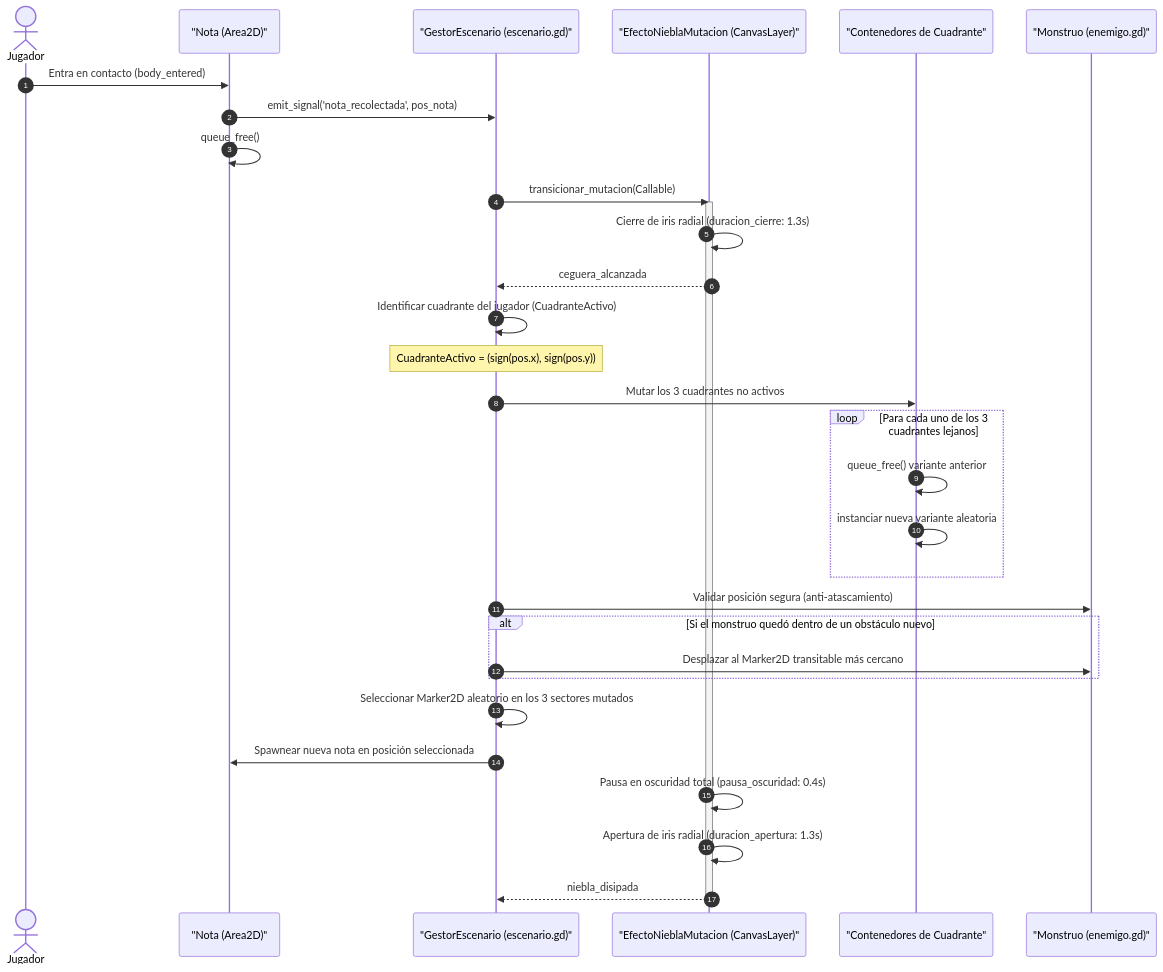
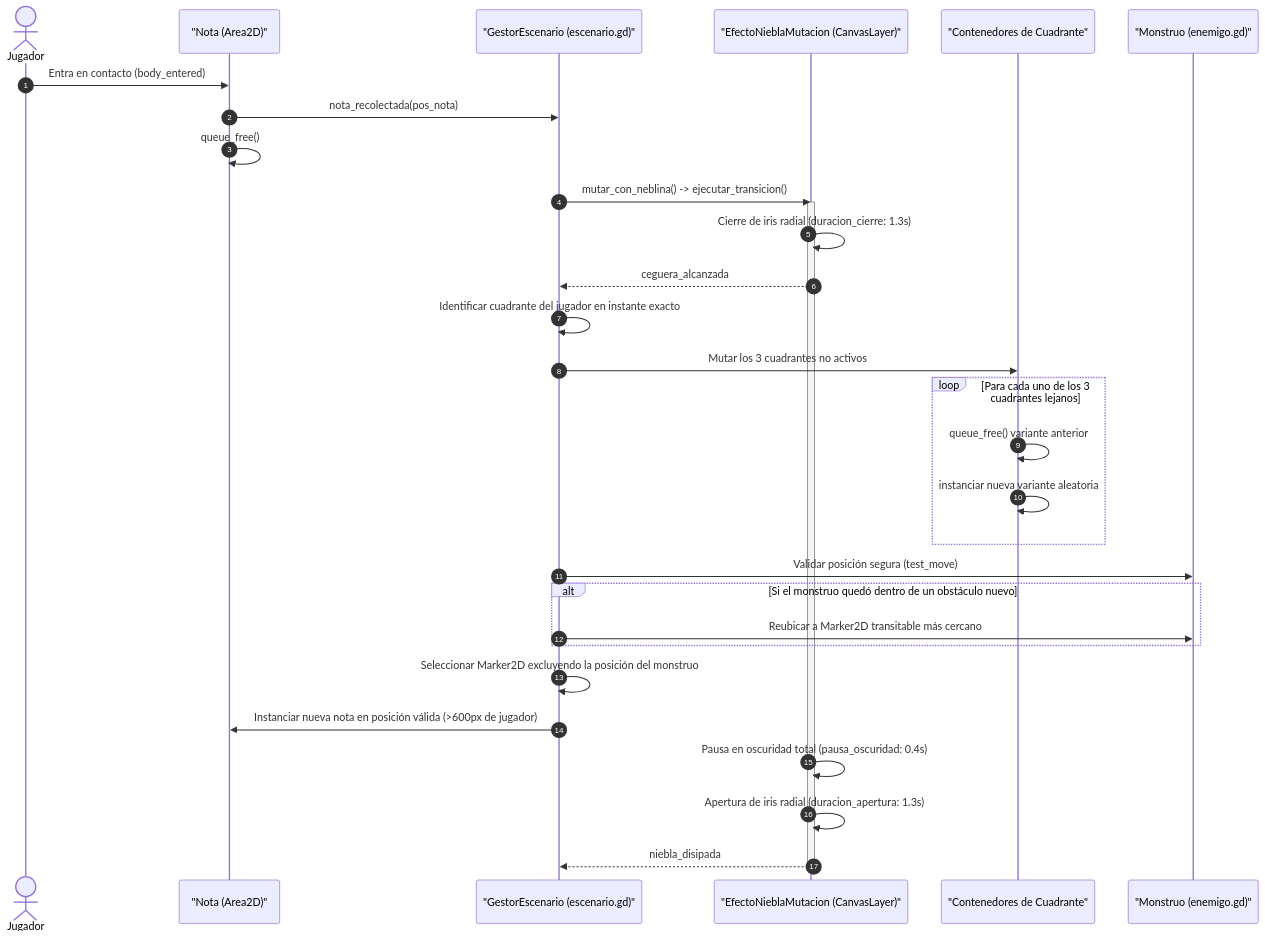
Before and after one commit to EmGamex/vosque: the second of 2 diagrams in docs/gameplay/mapa_y_sectores.md, drawn with Mermaid. The commit also changed other lines of this file and 14 other files, not shown here.

````diff
--- a/docs/gameplay/mapa_y_sectores.md
+++ b/docs/gameplay/mapa_y_sectores.md
@@ -174,41 +158,39 @@
 ```mermaid
 sequenceDiagram
     autonumber
     actor Jugador
     participant Nota as "Nota (Area2D)"
     participant Gestor as "GestorEscenario (escenario.gd)"
     participant Niebla as "EfectoNieblaMutacion (CanvasLayer)"
     participant Sectores as "Contenedores de Cuadrante"
     participant Monstruo as "Monstruo (enemigo.gd)"
 
     Jugador->>Nota: Entra en contacto (body_entered)
-    Nota->>Gestor: emit_signal('nota_recolectada', pos_nota)
+    Nota->>Gestor: nota_recolectada(pos_nota)
     Nota->>Nota: queue_free()
     
-    Gestor->>Niebla: transicionar_mutacion(Callable)
+    Gestor->>Niebla: mutar_con_neblina() -> ejecutar_transicion()
     activate Niebla
     Niebla->>Niebla: Cierre de iris radial (duracion_cierre: 1.3s)
     Niebla-->>Gestor: ceguera_alcanzada
     
-    Gestor->>Gestor: Identificar cuadrante del jugador (CuadranteActivo)
-    Note over Gestor: CuadranteActivo = (sign(pos.x), sign(pos.y))
-    
+    Gestor->>Gestor: Identificar cuadrante del jugador en instante exacto
     Gestor->>Sectores: Mutar los 3 cuadrantes no activos
     loop Para cada uno de los 3 cuadrantes lejanos
         Sectores->>Sectores: queue_free() variante anterior
         Sectores->>Sectores: instanciar nueva variante aleatoria
     end
     
-    Gestor->>Monstruo: Validar posición segura (anti-atascamiento)
+    Gestor->>Monstruo: Validar posición segura (test_move)
     alt Si el monstruo quedó dentro de un obstáculo nuevo
-        Gestor->>Monstruo: Desplazar al Marker2D transitable más cercano
+        Gestor->>Monstruo: Reubicar a Marker2D transitable más cercano
     end
     
-    Gestor->>Gestor: Seleccionar Marker2D aleatorio en los 3 sectores mutados
-    Gestor->>Nota: Spawnear nueva nota en posición seleccionada
+    Gestor->>Gestor: Seleccionar Marker2D excluyendo la posición del monstruo
+    Gestor->>Nota: Instanciar nueva nota en posición válida (>600px de jugador)
 
     Niebla->>Niebla: Pausa en oscuridad total (pausa_oscuridad: 0.4s)
     Niebla->>Niebla: Apertura de iris radial (duracion_apertura: 1.3s)
     Niebla-->>Gestor: niebla_disipada
     deactivate Niebla
 ```
````
